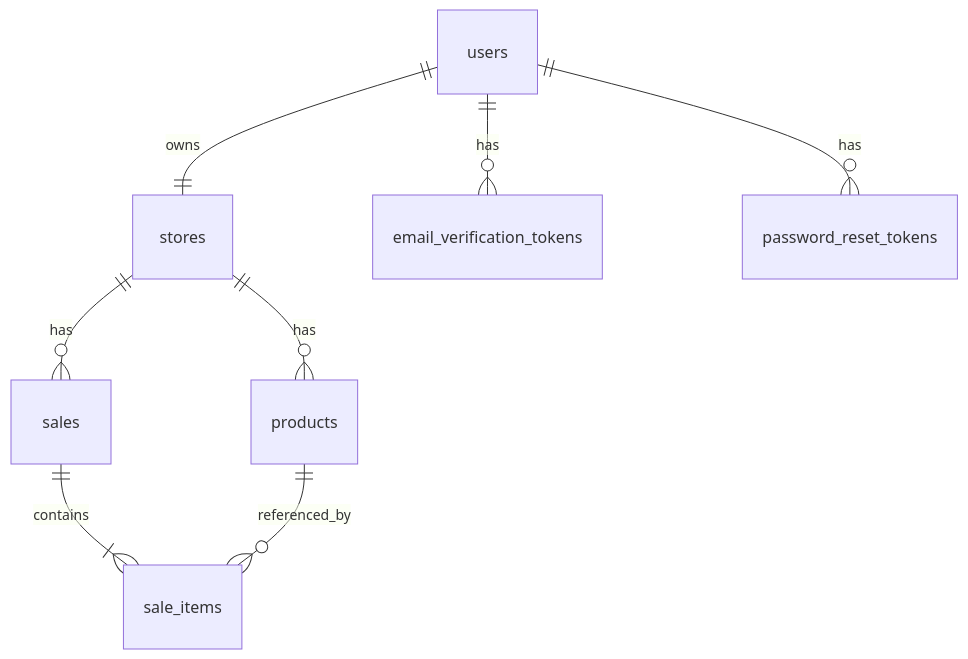
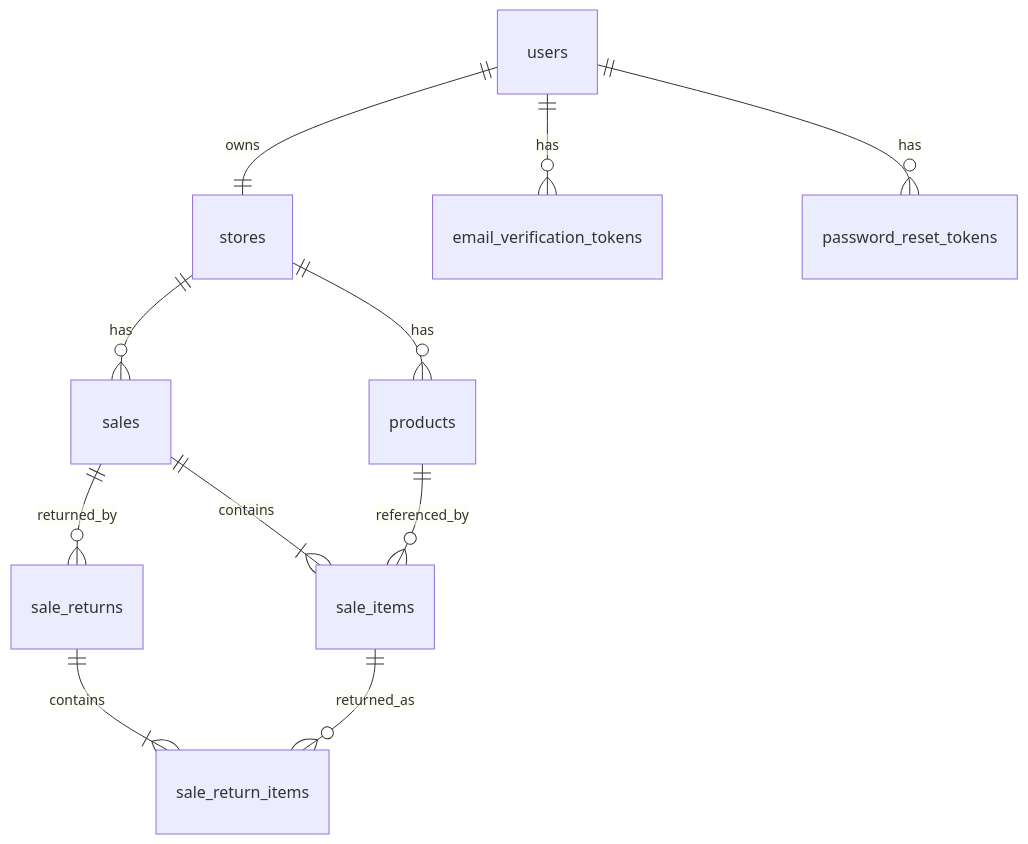
One commit to kabdoullah/pos-mobile-app changed the diagram in docs/data-model.md. Above: the diagram before and after it, drawn with Mermaid. The commit also changed other lines of this file and 3 other files, not shown here.

Commit message:
docs(returns): retours clients dans le modèle de données, l'API et l'architecture

````diff
--- a/docs/data-model.md
+++ b/docs/data-model.md
@@ -216,11 +250,14 @@
 ```mermaid
 erDiagram
     users ||--|| stores : owns
     stores ||--o{ products : has
     stores ||--o{ sales : has
     sales ||--|{ sale_items : contains
     products ||--o{ sale_items : referenced_by
+    sales ||--o{ sale_returns : returned_by
+    sale_returns ||--|{ sale_return_items : contains
+    sale_items ||--o{ sale_return_items : returned_as
 
     users ||--o{ email_verification_tokens : has
     users ||--o{ password_reset_tokens : has
 ```
````
